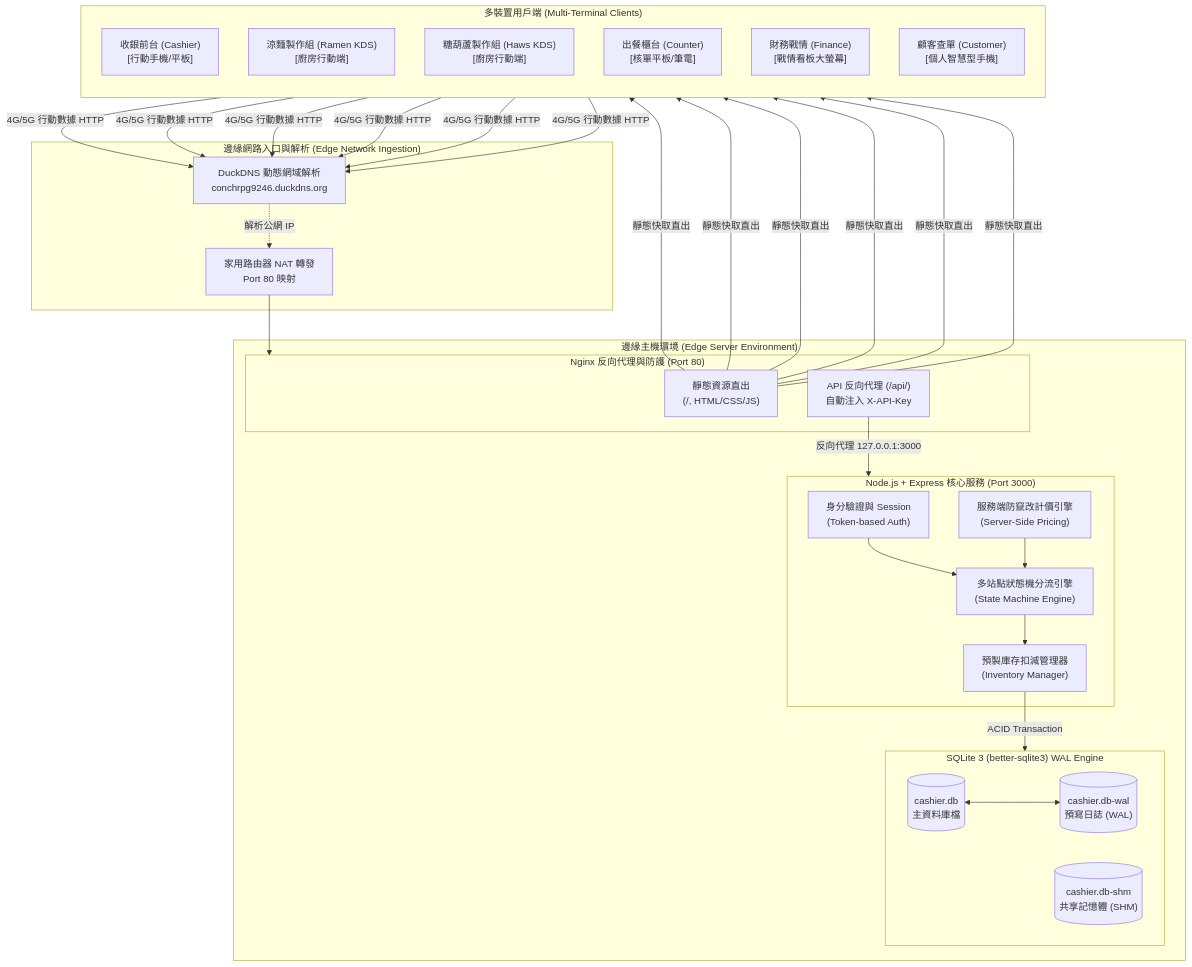
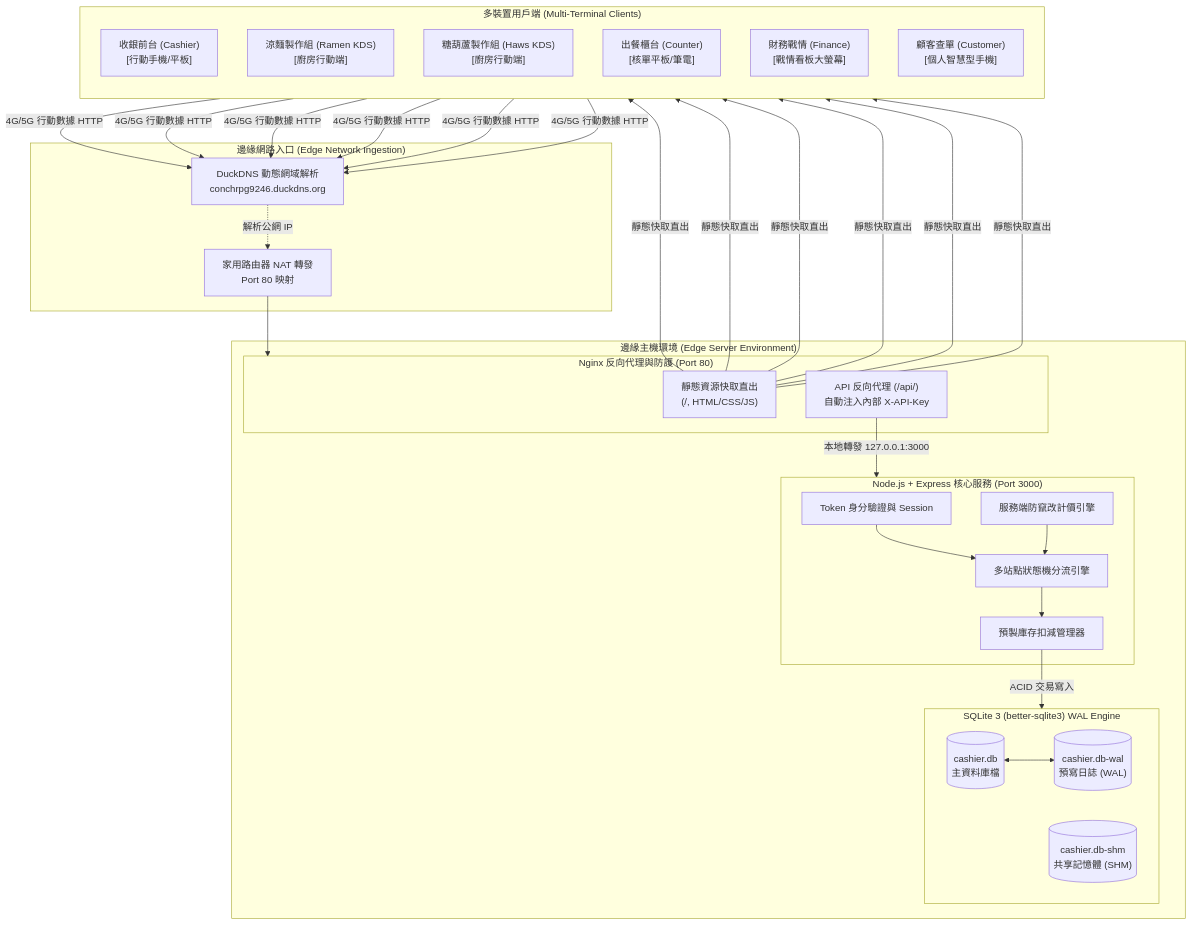
One commit to ytconch/Cashier-System changed the first of 3 diagrams in README.md. Above: the diagram before and after it, drawn with Mermaid. The commit also changed other lines of this file, not shown here.

````diff
--- a/README.md
+++ b/README.md
@@ -64,48 +38,48 @@
 ```mermaid
 flowchart TB
     subgraph Clients ["多裝置用戶端 (Multi-Terminal Clients)"]
         direction TB
         C1["收銀前台 (Cashier)<br/>[行動手機/平板]"]
         C2["涼麵製作組 (Ramen KDS)<br/>[廚房行動端]"]
         C3["糖葫蘆製作組 (Haws KDS)<br/>[廚房行動端]"]
         C4["出餐櫃台 (Counter)<br/>[核單平板/筆電]"]
         C5["財務戰情 (Finance)<br/>[戰情看板大螢幕]"]
         C6["顧客查單 (Customer)<br/>[個人智慧型手機]"]
     end
 
-    subgraph Network ["邊緣網路入口與解析 (Edge Network Ingestion)"]
+    subgraph Network ["邊緣網路入口 (Edge Network Ingestion)"]
         DNS["DuckDNS 動態網域解析<br/>conchrpg9246.duckdns.org"]
         NAT["家用路由器 NAT 轉發<br/>Port 80 映射"]
     end
 
     subgraph EdgeHost ["邊緣主機環境 (Edge Server Environment)"]
         subgraph Gateway ["Nginx 反向代理與防護 (Port 80)"]
-            STATIC["靜態資源直出<br/>(/, HTML/CSS/JS)"]
-            REVERSE["API 反向代理 (/api/)<br/>自動注入 X-API-Key"]
+            STATIC["靜態資源快取直出<br/>(/, HTML/CSS/JS)"]
+            REVERSE["API 反向代理 (/api/)<br/>自動注入內部 X-API-Key"]
         end
 
         subgraph CoreApp ["Node.js + Express 核心服務 (Port 3000)"]
-            AUTH["身分驗證與 Session<br/>(Token-based Auth)"]
-            PRICING["服務端防竄改計價引擎<br/>(Server-Side Pricing)"]
-            SM["多站點狀態機分流引擎<br/>(State Machine Engine)"]
-            INV["預製庫存扣減管理器<br/>(Inventory Manager)"]
+            AUTH["Token 身分驗證與 Session"]
+            PRICING["服務端防竄改計價引擎"]
+            SM["多站點狀態機分流引擎"]
+            INV["預製庫存扣減管理器"]
         end
 
         subgraph Storage ["SQLite 3 (better-sqlite3) WAL Engine"]
             DB[("cashier.db<br/>主資料庫檔")]
             WAL[("cashier.db-wal<br/>預寫日誌 (WAL)")]
             SHM[("cashier.db-shm<br/>共享記憶體 (SHM)")]
         end
     end
 
     C1 & C2 & C3 & C4 & C5 & C6 -->|"4G/5G 行動數據 HTTP"| DNS
     DNS -.->|"解析公網 IP"| NAT
     NAT --> Gateway
     STATIC -->|"靜態快取直出"| C1 & C2 & C3 & C4 & C5 & C6
-    REVERSE -->|"反向代理 127.0.0.1:3000"| CoreApp
+    REVERSE -->|"本地轉發 127.0.0.1:3000"| CoreApp
     AUTH --> SM
     PRICING --> SM
     SM --> INV
-    INV -->|"ACID Transaction"| Storage
-    DB <---> WAL
+    INV -->|"ACID 交易寫入"| Storage
+    DB <--> WAL
 ```
````
